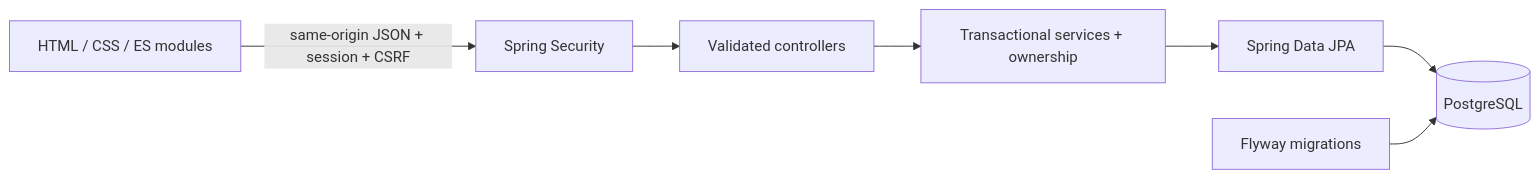
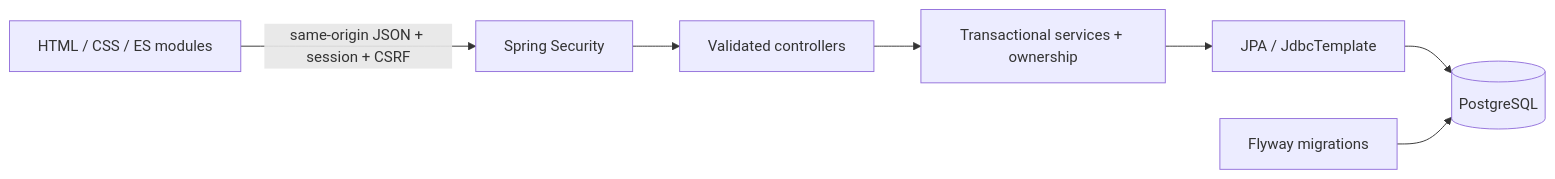
One commit to Mr-San-Win/NileBank changed the diagram in README.md. Above: the diagram before and after it, drawn with Mermaid. The commit also changed other lines of this file and 40 other files, not shown here.

````diff
--- a/README.md
+++ b/README.md
@@ -80,9 +91,9 @@
 ```mermaid
 flowchart LR
   Browser["HTML / CSS / ES modules"] -->|"same-origin JSON + session + CSRF"| Security["Spring Security"]
   Security --> Controllers["Validated controllers"]
   Controllers --> Services["Transactional services + ownership"]
-  Services --> Repositories["Spring Data JPA"]
+  Services --> Repositories["JPA / JdbcTemplate"]
   Repositories --> Postgres[("PostgreSQL")]
   Flyway["Flyway migrations"] --> Postgres
 ```
````
